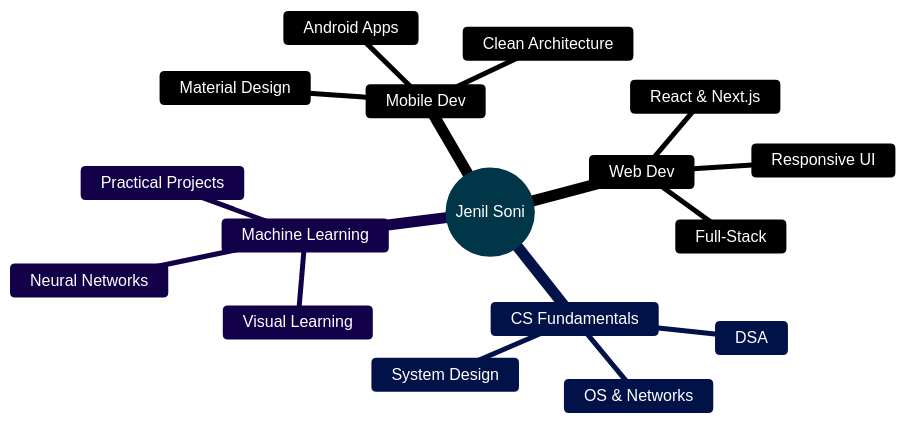
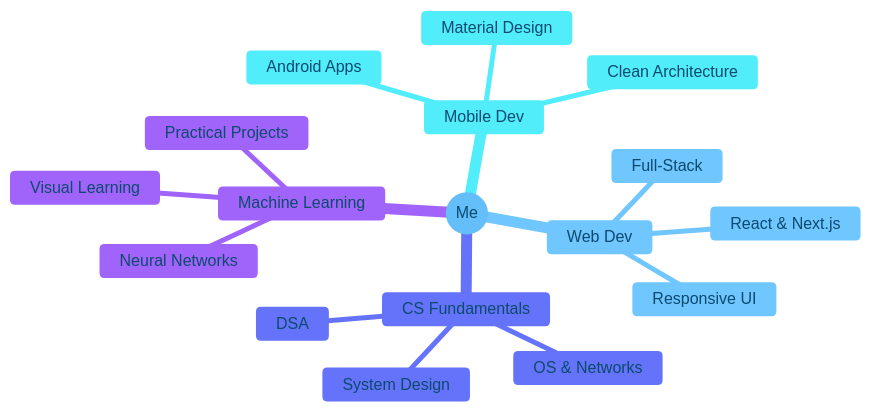
Before and after one commit to JenilRevaliya/JenilRevaliya: the diagram in README.md, drawn with Mermaid. The commit also changed other lines of this file, not shown here.

````diff
--- a/README.md
+++ b/README.md
@@ -194,21 +194,21 @@
 ```mermaid
-%%{init: {'theme':'base', 'themeVariables': { 'primaryColor':'#0096c7', 'primaryTextColor':'#fff', 'primaryBorderColor':'#22d3ee', 'lineColor':'#00aaad', 'secondaryColor':'#112025', 'tertiaryColor':'#0a0a0a'}}}%%
+%%{init: {'theme':'base', 'themeVariables': { 'primaryColor':'#e0f2fe', 'primaryTextColor':'#0c4a6e', 'primaryBorderColor':'#0096c7', 'lineColor':'#22d3ee', 'secondaryColor':'#cffafe', 'tertiaryColor':'#f0f9ff'}}}%%
 mindmap
-  root((Jenil Soni))
+  root((Me))
     Mobile Dev
       Android Apps
       Clean Architecture
       Material Design
     Web Dev
       React & Next.js
       Full-Stack
       Responsive UI
     CS Fundamentals
       DSA
       OS & Networks
       System Design
     Machine Learning
       Visual Learning
       Practical Projects
       Neural Networks
 ```
````
